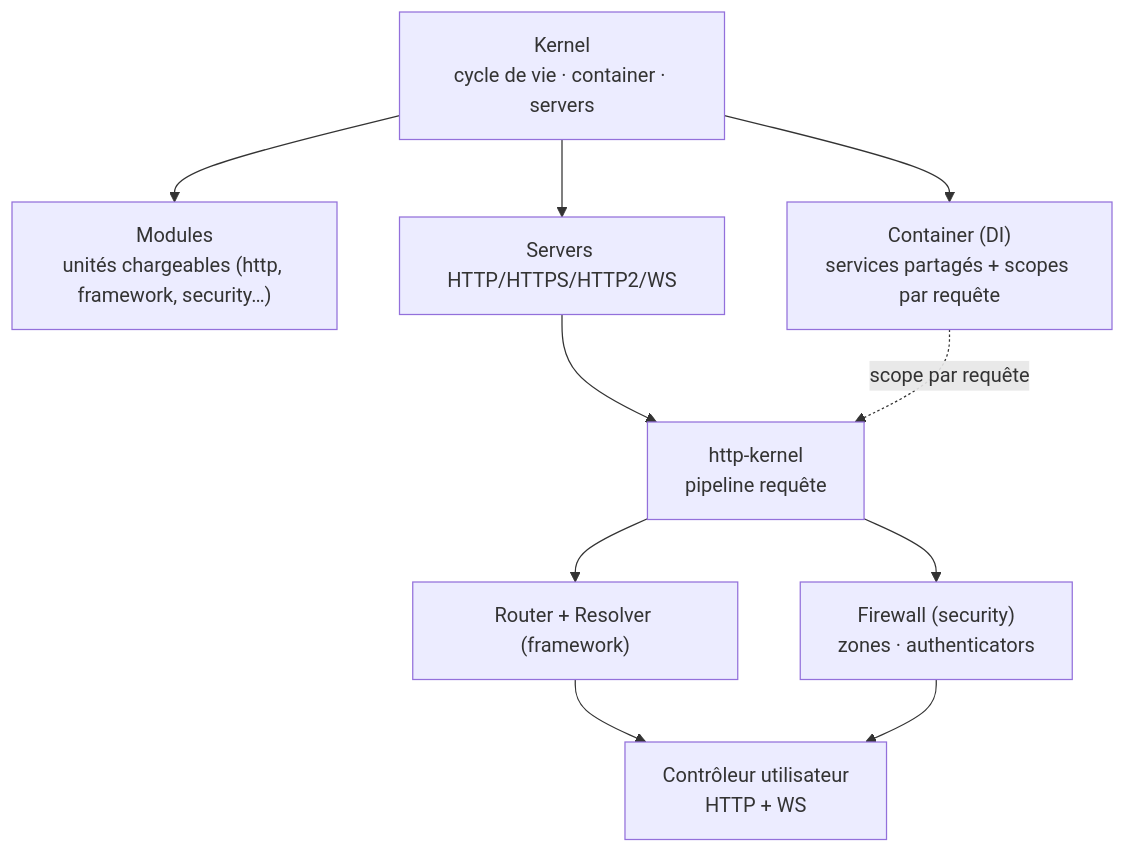
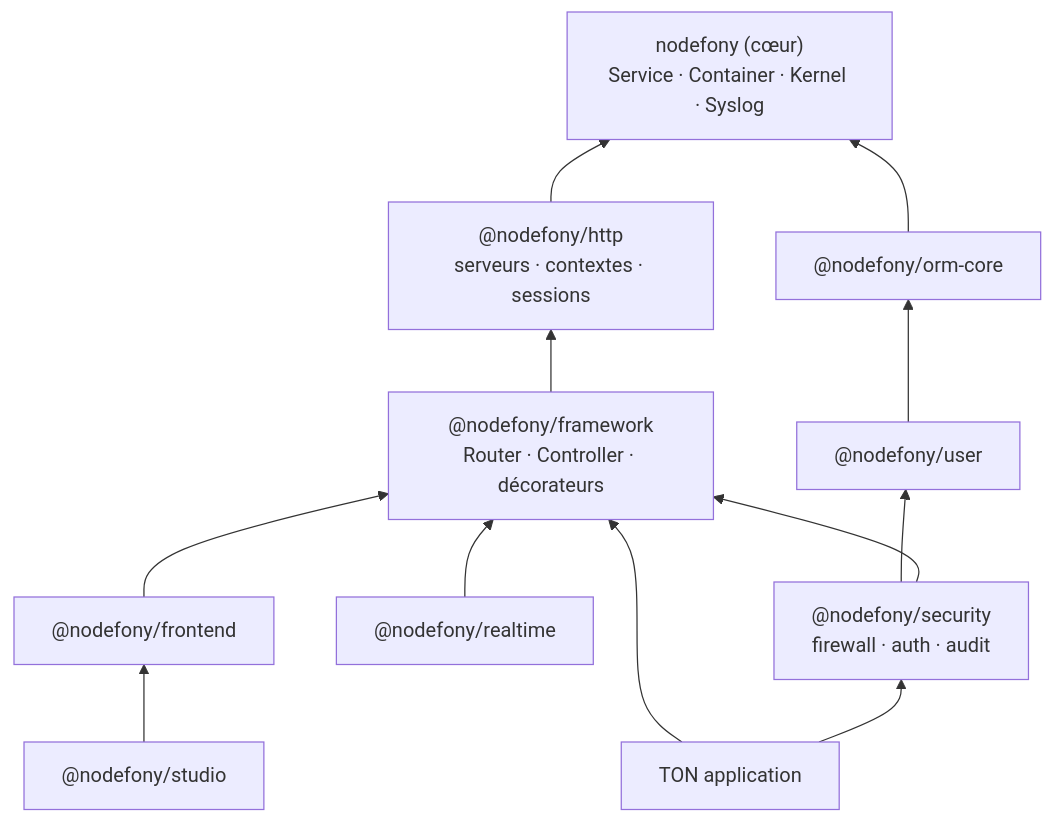
Before and after one commit to nodefony/nodefony-core: the second of 4 diagrams in docs/architecture/vue-ensemble.md, drawn with Mermaid. The commit also changed other lines of this file and 16 other files, not shown here.

````diff
--- a/docs/architecture/vue-ensemble.md
+++ b/docs/architecture/vue-ensemble.md
@@ -104,21 +248,25 @@
 ```mermaid
-flowchart TD
-  Kernel["Kernel<br/>cycle de vie · container · servers"]
-  Modules["Modules<br/>unités chargeables (http, framework, security…)"]
-  Container["Container (DI)<br/>services partagés + scopes par requête"]
-  Servers["Servers HTTP/HTTPS/HTTP2/WS"]
-  HK["http-kernel<br/>pipeline requête"]
-  FW["Firewall (security)<br/>zones · authenticators"]
-  Router["Router + Resolver (framework)"]
-  Ctrl["Contrôleur utilisateur<br/>HTTP + WS"]
+flowchart BT
+  core["nodefony (cœur)<br/>Service · Container · Kernel · Syslog"]
+  http["@nodefony/http<br/>serveurs · contextes · sessions"]
+  fw["@nodefony/framework<br/>Router · Controller · décorateurs"]
+  sec["@nodefony/security<br/>firewall · auth · audit"]
+  user["@nodefony/user"]
+  orm["@nodefony/orm-core"]
+  rt["@nodefony/realtime"]
+  front["@nodefony/frontend"]
+  studio["@nodefony/studio"]
+  app["TON application"]
 
-  Kernel --> Modules
-  Kernel --> Container
-  Kernel --> Servers
-  Servers --> HK
-  HK --> Router
-  HK --> FW
-  Router --> Ctrl
-  FW --> Ctrl
-  Container -. scope par requête .-> HK
+  http --> core
+  fw --> http
+  user --> orm
+  orm --> core
+  sec --> user
+  sec --> fw
+  rt --> fw
+  front --> fw
+  studio --> front
+  app --> fw
+  app --> sec
 ```
````
